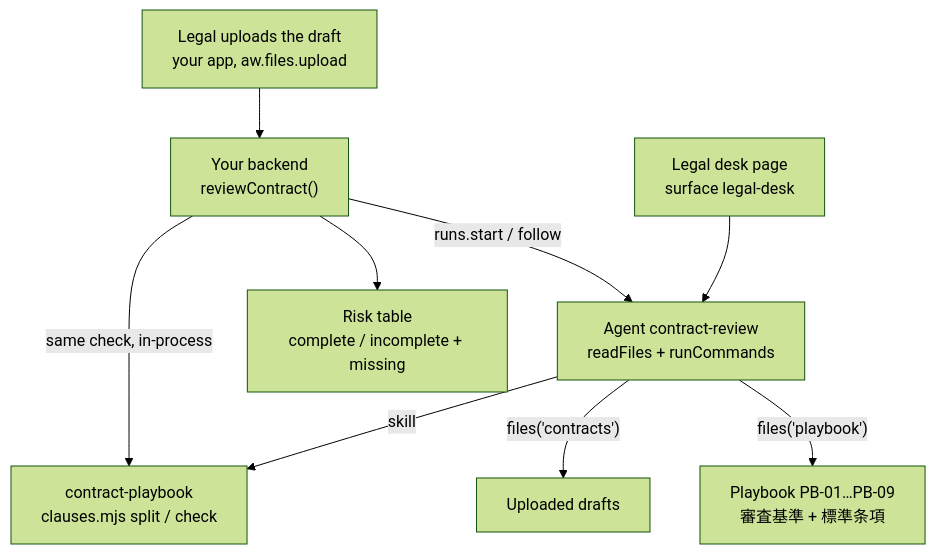
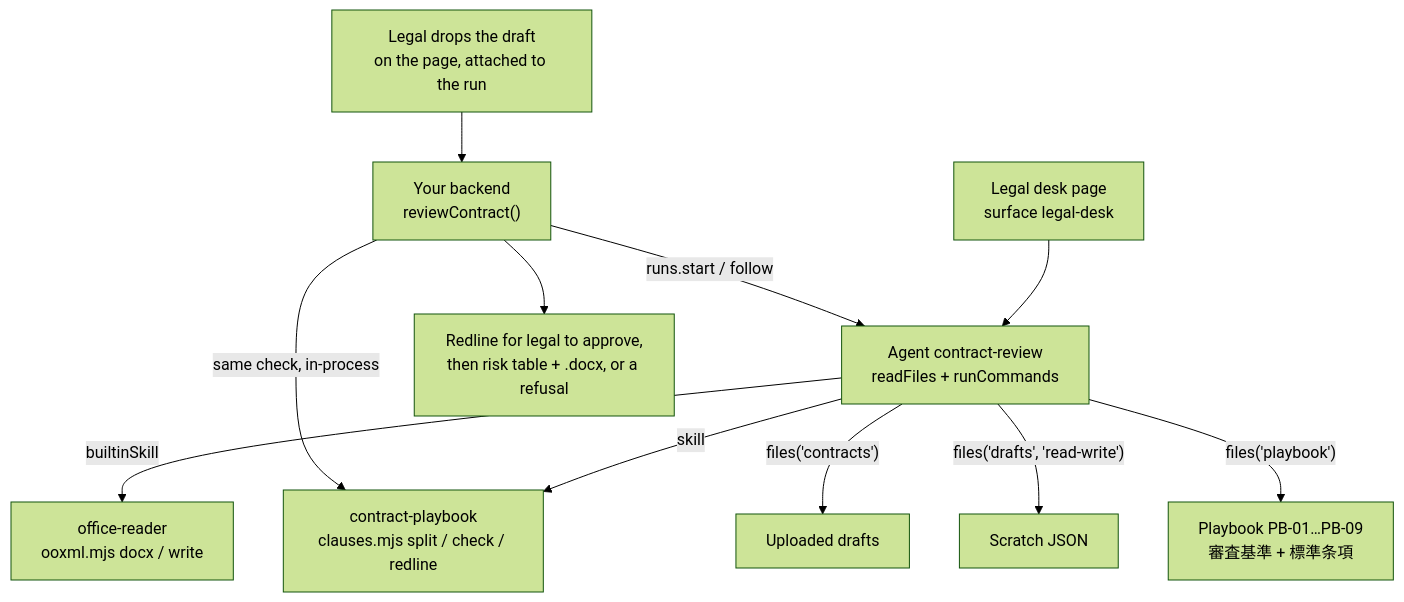
Before and after one commit to indxjp/agent-workspace: the second of 2 diagrams in docs/sdk/site/tutorials/contract-review.mdx, drawn with Mermaid (forest theme). The commit also changed other lines of this file and 2629 other files, not shown here.

````diff
--- a/docs/sdk/site/tutorials/contract-review.mdx
+++ b/docs/sdk/site/tutorials/contract-review.mdx
@@ -54,11 +68,13 @@
 ```mermaid
 flowchart TD
-  U["Legal uploads the draft<br/>your app, aw.files.upload"] --> B["Your backend<br/>reviewContract()"]
+  U["Legal drops the draft<br/>on the page, attached to the run"] --> B["Your backend<br/>reviewContract()"]
   P["Legal desk page<br/>surface legal-desk"] --> A
   B -- "runs.start / follow" --> A["Agent contract-review<br/>readFiles + runCommands"]
-  A -- "skill" --> C["contract-playbook<br/>clauses.mjs split / check"]
+  A -- "builtinSkill" --> O["office-reader<br/>ooxml.mjs docx / write"]
+  A -- "skill" --> C["contract-playbook<br/>clauses.mjs split / check / redline"]
   A -- "files('contracts')" --> D["Uploaded drafts"]
+  A -- "files('drafts', 'read-write')" --> W["Scratch JSON"]
   A -- "files('playbook')" --> R["Playbook PB-01…PB-09<br/>審査基準 + 標準条項"]
   B -- "same check, in-process" --> C
-  B --> T["Risk table<br/>complete / incomplete + missing"]
+  B --> T["Redline for legal to approve,<br/>then risk table + .docx, or a refusal"]
 ```
````
